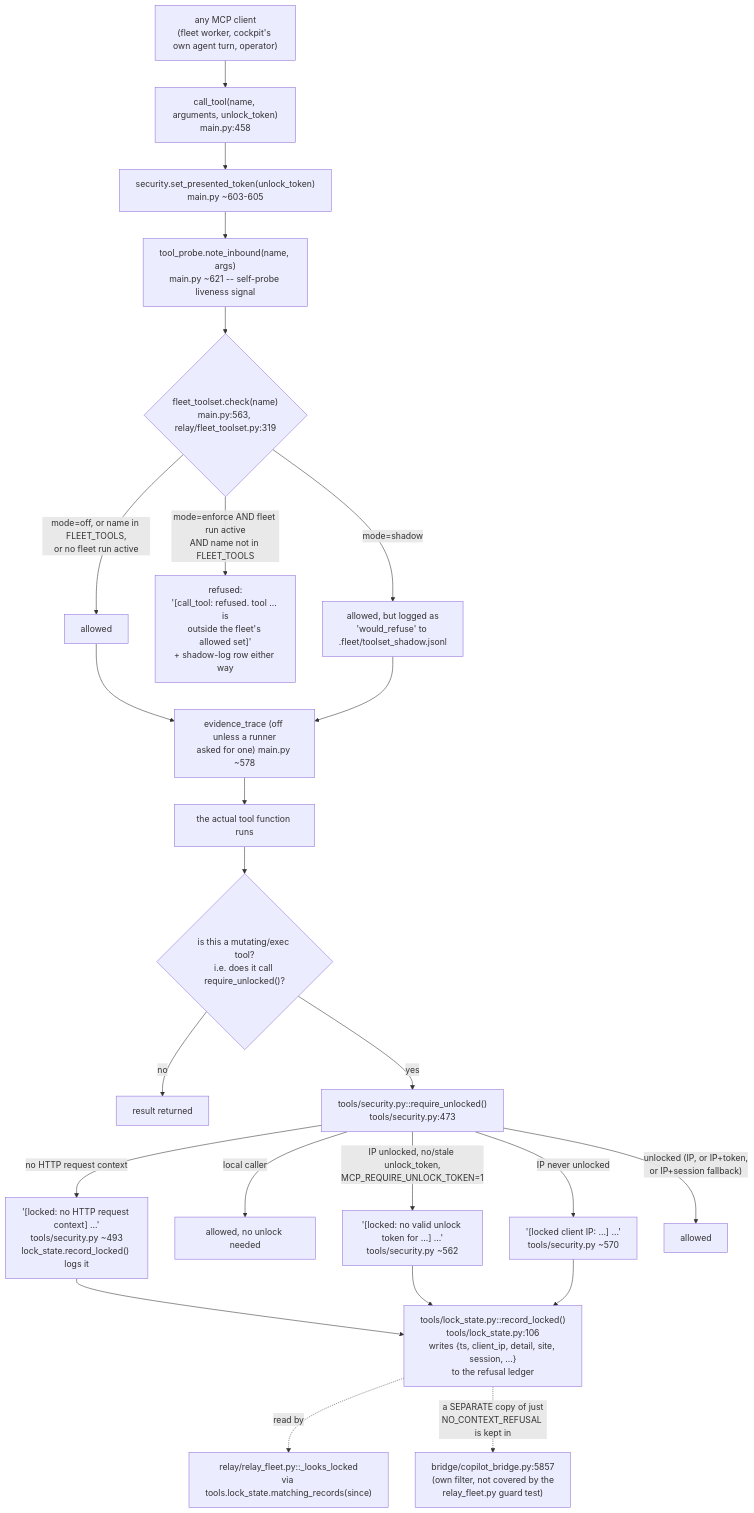
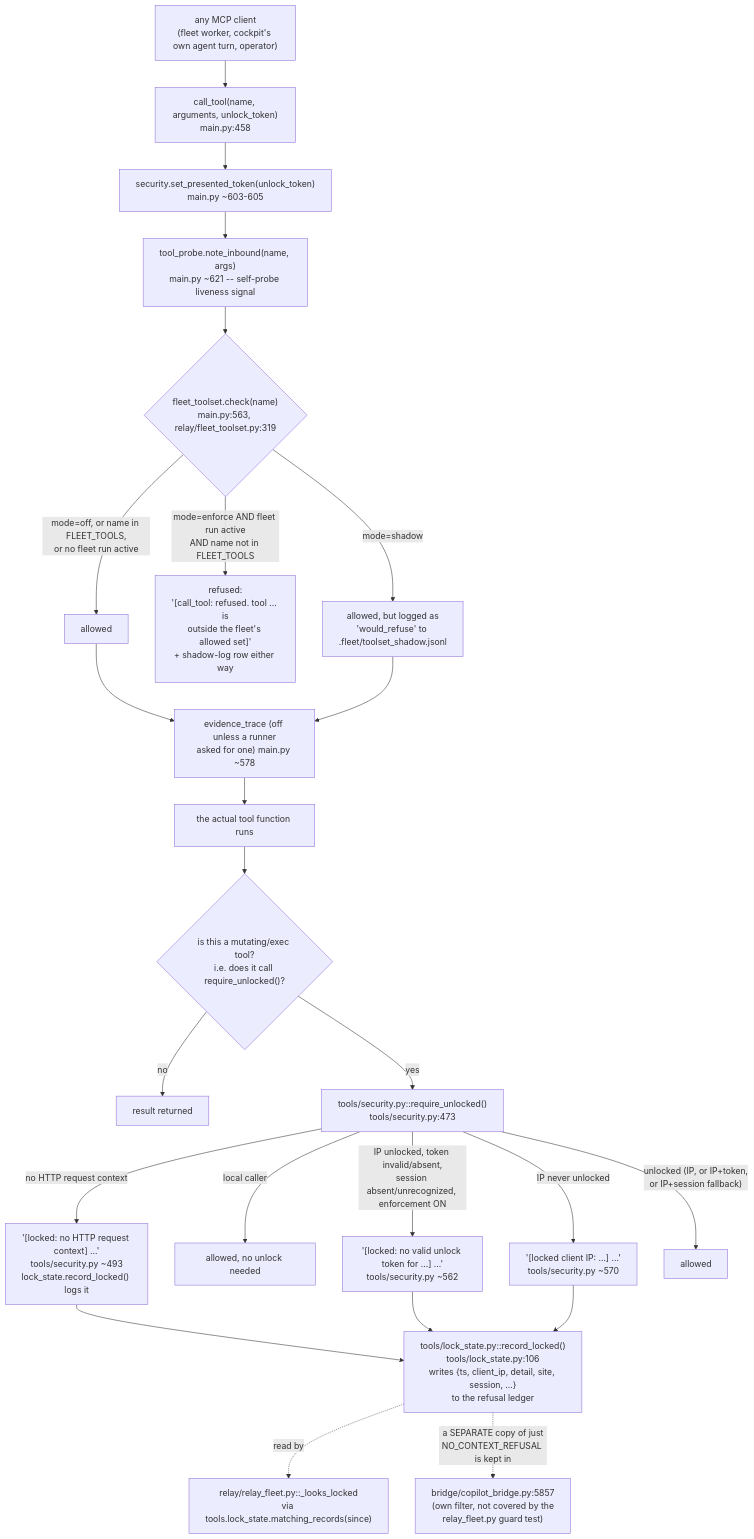
The fourth of 5 diagrams in docs/architecture/system_flow_map.md (MasayukiTa/m365-copilot-companion-mcp), drawn with Mermaid before and after one commit. The commit also changed 12 other files, not shown here.

Commit message:
fix(fleet): stabilize session unlock recovery

````diff
--- a/docs/architecture/system_flow_map.md
+++ b/docs/architecture/system_flow_map.md
@@ -190,30 +190,30 @@
 ```mermaid
 flowchart TD
     caller["any MCP client<br/>(fleet worker, cockpit's own agent turn, operator)"] --> calltool["call_tool(name, arguments, unlock_token)<br/>main.py:458"]
     calltool --> settoken["security.set_presented_token(unlock_token)<br/>main.py ~603-605"]
     settoken --> probe["tool_probe.note_inbound(name, args)<br/>main.py ~621 -- self-probe liveness signal"]
     probe --> toolset{"fleet_toolset.check(name)<br/>main.py:563, relay/fleet_toolset.py:319"}
     toolset -->|"mode=off, or name in FLEET_TOOLS,<br/>or no fleet run active"| allowed1["allowed"]
     toolset -->|"mode=enforce AND fleet run active<br/>AND name not in FLEET_TOOLS"| refused1["refused:<br/>'[call_tool: refused. tool ... is<br/>outside the fleet's allowed set]'<br/>+ shadow-log row either way"]
     toolset -->|"mode=shadow"| allowed1b["allowed, but logged as<br/>'would_refuse' to .fleet/toolset_shadow.jsonl"]
 
     allowed1 --> trace["evidence_trace (off unless a runner<br/>asked for one) main.py ~578"]
     allowed1b --> trace
     trace --> dispatch["the actual tool function runs"]
     dispatch --> gate{"is this a mutating/exec tool?<br/>i.e. does it call require_unlocked()?"}
     gate -->|no| result["result returned"]
     gate -->|yes| requnlocked["tools/security.py::require_unlocked()<br/>tools/security.py:473"]
 
     requnlocked -->|"no HTTP request context"| refusenoctx["'[locked: no HTTP request context] ...'<br/>tools/security.py ~493<br/>lock_state.record_locked() logs it"]
     requnlocked -->|"local caller"| ok1["allowed, no unlock needed"]
-    requnlocked -->|"IP unlocked, no/stale unlock_token,<br/>MCP_REQUIRE_UNLOCK_TOKEN=1"| refusetoken["'[locked: no valid unlock token for ...] ...'<br/>tools/security.py ~562"]
+    requnlocked -->|"IP unlocked, token invalid/absent,<br/>session absent/unrecognized, enforcement ON"| refusetoken["'[locked: no valid unlock token for ...] ...'<br/>tools/security.py ~562"]
     requnlocked -->|"IP never unlocked"| refuseip["'[locked client IP: ...] ...'<br/>tools/security.py ~570"]
     requnlocked -->|"unlocked (IP, or IP+token,<br/>or IP+session fallback)"| ok2["allowed"]
 
     refusenoctx --> lockstate["tools/lock_state.py::record_locked()<br/>tools/lock_state.py:106<br/>writes {ts, client_ip, detail, site, session, ...}<br/>to the refusal ledger"]
     refusetoken --> lockstate
     refuseip --> lockstate
 
     lockstate -.->|"read by"| looksLocked["relay/relay_fleet.py::_looks_locked<br/>via tools.lock_state.matching_records(since)"]
     lockstate -.->|"a SEPARATE copy of just<br/>NO_CONTEXT_REFUSAL is kept in"| bridgecopy["bridge/copilot_bridge.py:5857<br/>(own filter, not covered by the<br/>relay_fleet.py guard test)"]
 ```
````
